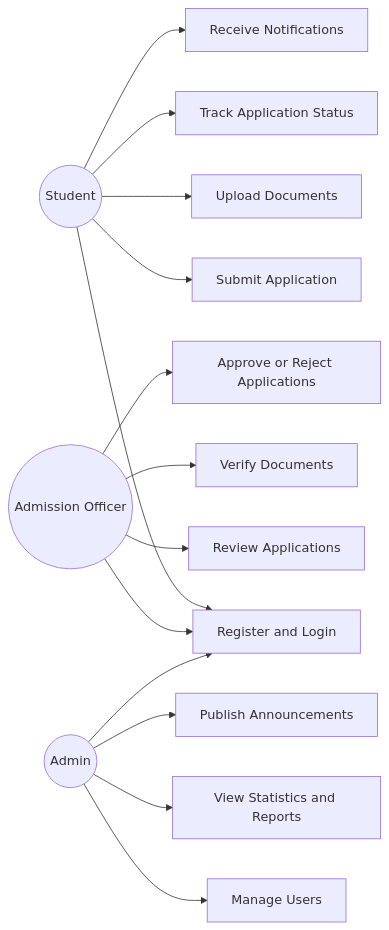
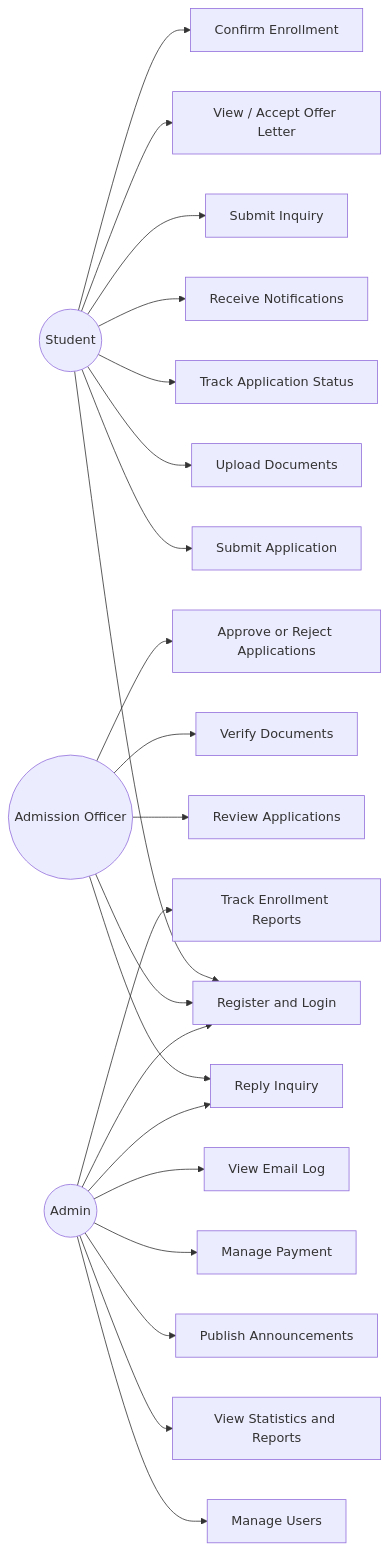
Before and after one commit to EthanYixuanMi/WKU-Admission-System: the second of 6 diagrams in README.md, drawn with Mermaid. The commit also changed other lines of this file, not shown here.

Commit message:
Update README UML diagrams

````diff
--- a/README.md
+++ b/README.md
@@ -118,36 +126,51 @@
 ```mermaid
 flowchart LR
     Student((Student))
     Officer((Admission Officer))
     Admin((Admin))
 
     UC1[Register and Login]
     UC2[Submit Application]
     UC3[Upload Documents]
     UC4[Track Application Status]
     UC5[Receive Notifications]
+    UC6[Submit Inquiry]
+    UC7[View / Accept Offer Letter]
+    UC8[Confirm Enrollment]
 
-    UC6[Review Applications]
-    UC7[Verify Documents]
-    UC8[Approve or Reject Applications]
+    UC9[Review Applications]
+    UC10[Verify Documents]
+    UC11[Approve or Reject Applications]
+    UC12[Reply Inquiry]
 
-    UC9[Manage Users]
-    UC10[View Statistics and Reports]
-    UC11[Publish Announcements]
+    UC13[Manage Users]
+    UC14[View Statistics and Reports]
+    UC15[Publish Announcements]
+    UC16[Manage Payment]
+    UC17[View Email Log]
+    UC18[Track Enrollment Reports]
 
     Student --> UC1
     Student --> UC2
     Student --> UC3
     Student --> UC4
     Student --> UC5
+    Student --> UC6
+    Student --> UC7
+    Student --> UC8
 
     Officer --> UC1
-    Officer --> UC6
-    Officer --> UC7
-    Officer --> UC8
+    Officer --> UC9
+    Officer --> UC10
+    Officer --> UC11
+    Officer --> UC12
 
     Admin --> UC1
-    Admin --> UC9
-    Admin --> UC10
-    Admin --> UC11
+    Admin --> UC12
+    Admin --> UC13
+    Admin --> UC14
+    Admin --> UC15
+    Admin --> UC16
+    Admin --> UC17
+    Admin --> UC18
 ```
````
